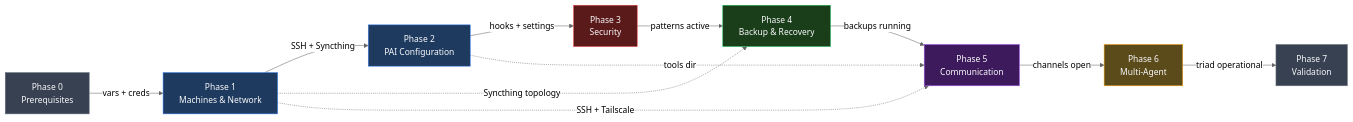
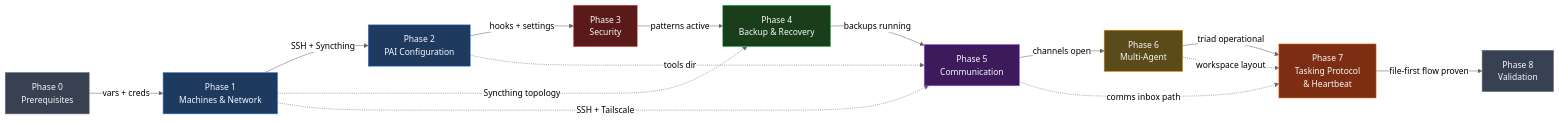
The diagram in diagrams/implementation-phase-pipeline.md (cristbc/triad-setup-guide), drawn with Mermaid (neutral theme) before and after one commit. The commit also changed other lines of this file and 32 other files, not shown here.

````diff
--- a/diagrams/implementation-phase-pipeline.md
+++ b/diagrams/implementation-phase-pipeline.md
@@ -5,32 +5,37 @@
 ```mermaid
 graph LR
     P0["Phase 0<br/>Prerequisites"]
     P1["Phase 1<br/>Machines & Network"]
     P2["Phase 2<br/>PAI Configuration"]
     P3["Phase 3<br/>Security"]
     P4["Phase 4<br/>Backup & Recovery"]
     P5["Phase 5<br/>Communication"]
     P6["Phase 6<br/>Multi-Agent"]
-    P7["Phase 7<br/>Validation"]
+    P7["Phase 7<br/>Tasking Protocol<br/>& Heartbeat"]
+    P8["Phase 8<br/>Validation"]
 
     P0 -->|"vars + creds"| P1
     P1 -->|"SSH + Syncthing"| P2
     P2 -->|"hooks + settings"| P3
     P3 -->|"patterns active"| P4
     P4 -->|"backups running"| P5
     P5 -->|"channels open"| P6
     P6 -->|"triad operational"| P7
+    P7 -->|"file-first flow proven"| P8
 
     P1 -.->|"Syncthing topology"| P4
     P1 -.->|"SSH + Tailscale"| P5
     P2 -.->|"tools dir"| P5
+    P5 -.->|"comms inbox path"| P7
+    P6 -.->|"workspace layout"| P7
 
     style P0 fill:#374151,stroke:#6B7280,color:#F9FAFB
     style P1 fill:#1E3A5F,stroke:#3B82F6,color:#F9FAFB
     style P2 fill:#1E3A5F,stroke:#3B82F6,color:#F9FAFB
     style P3 fill:#5B1A1A,stroke:#EF4444,color:#F9FAFB
     style P4 fill:#1A3D1A,stroke:#22C55E,color:#F9FAFB
     style P5 fill:#3D1A5B,stroke:#A855F7,color:#F9FAFB
     style P6 fill:#5B4A1A,stroke:#F59E0B,color:#F9FAFB
-    style P7 fill:#374151,stroke:#6B7280,color:#F9FAFB
+    style P7 fill:#7C2D12,stroke:#F97316,color:#F9FAFB
+    style P8 fill:#374151,stroke:#6B7280,color:#F9FAFB
 ```
````
